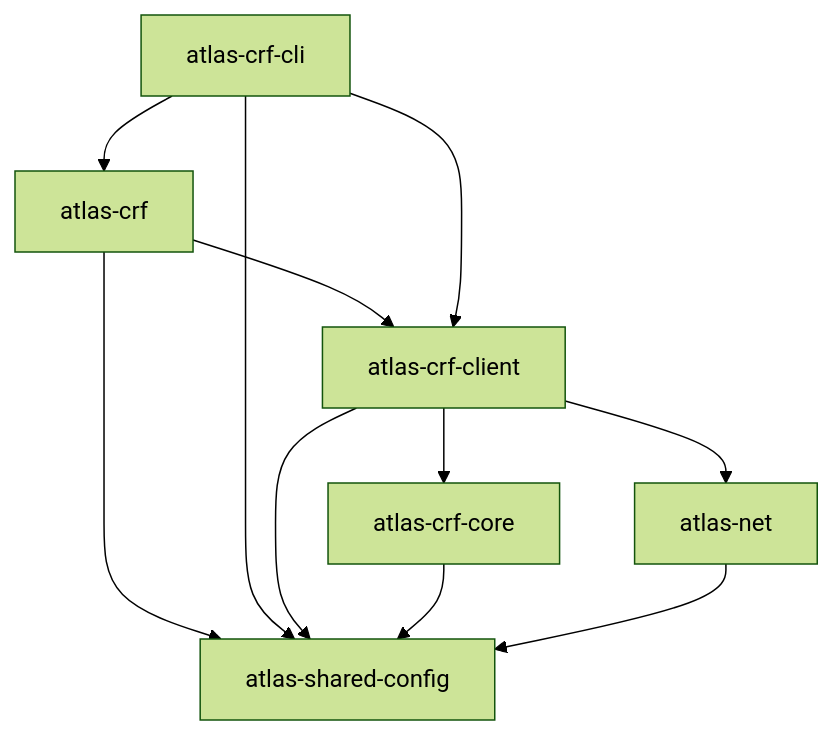
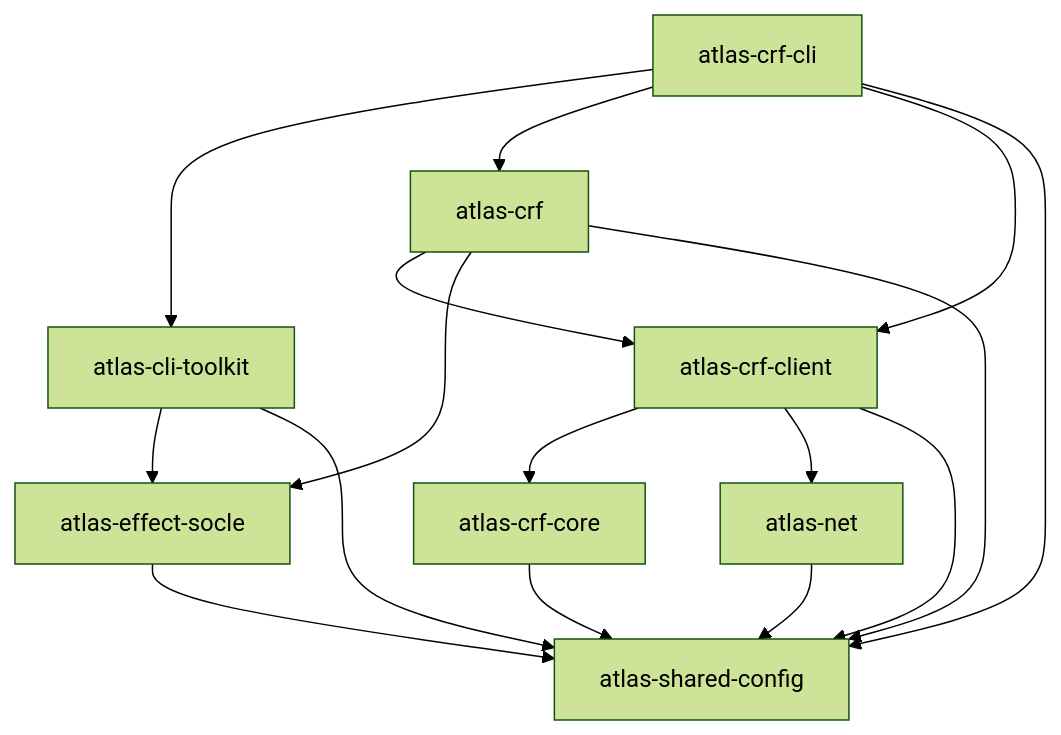
The ninth of 19 diagrams in docs/src/content/docs/architecture/packages.md (univ-lehavre/atlas), drawn with Mermaid (forest theme) before and after one commit. The commit also changed other lines of this file and 17 other files, not shown here.

First line of the commit message:
refactor(cli-toolkit): unifier l'amorçage des clis effect sur un runner unique

````diff
--- a/docs/src/content/docs/architecture/packages.md
+++ b/docs/src/content/docs/architecture/packages.md
@@ -415,19 +422,26 @@
 ```mermaid
 flowchart TD
+  _univ_lehavre_atlas_cli_toolkit["atlas-cli-toolkit"]
   _univ_lehavre_atlas_crf["atlas-crf"]
   _univ_lehavre_atlas_crf_cli["atlas-crf-cli"]
   _univ_lehavre_atlas_crf_client["atlas-crf-client"]
   _univ_lehavre_atlas_crf_core["atlas-crf-core"]
+  _univ_lehavre_atlas_effect_socle["atlas-effect-socle"]
   _univ_lehavre_atlas_net["atlas-net"]
   _univ_lehavre_atlas_shared_config["atlas-shared-config"]
+  _univ_lehavre_atlas_cli_toolkit --> _univ_lehavre_atlas_effect_socle
+  _univ_lehavre_atlas_cli_toolkit --> _univ_lehavre_atlas_shared_config
   _univ_lehavre_atlas_crf --> _univ_lehavre_atlas_crf_client
+  _univ_lehavre_atlas_crf --> _univ_lehavre_atlas_effect_socle
   _univ_lehavre_atlas_crf --> _univ_lehavre_atlas_shared_config
+  _univ_lehavre_atlas_crf_cli --> _univ_lehavre_atlas_cli_toolkit
   _univ_lehavre_atlas_crf_cli --> _univ_lehavre_atlas_crf
   _univ_lehavre_atlas_crf_cli --> _univ_lehavre_atlas_crf_client
   _univ_lehavre_atlas_crf_cli --> _univ_lehavre_atlas_shared_config
   _univ_lehavre_atlas_crf_client --> _univ_lehavre_atlas_crf_core
   _univ_lehavre_atlas_crf_client --> _univ_lehavre_atlas_net
   _univ_lehavre_atlas_crf_client --> _univ_lehavre_atlas_shared_config
   _univ_lehavre_atlas_crf_core --> _univ_lehavre_atlas_shared_config
+  _univ_lehavre_atlas_effect_socle --> _univ_lehavre_atlas_shared_config
   _univ_lehavre_atlas_net --> _univ_lehavre_atlas_shared_config
 ```
````
